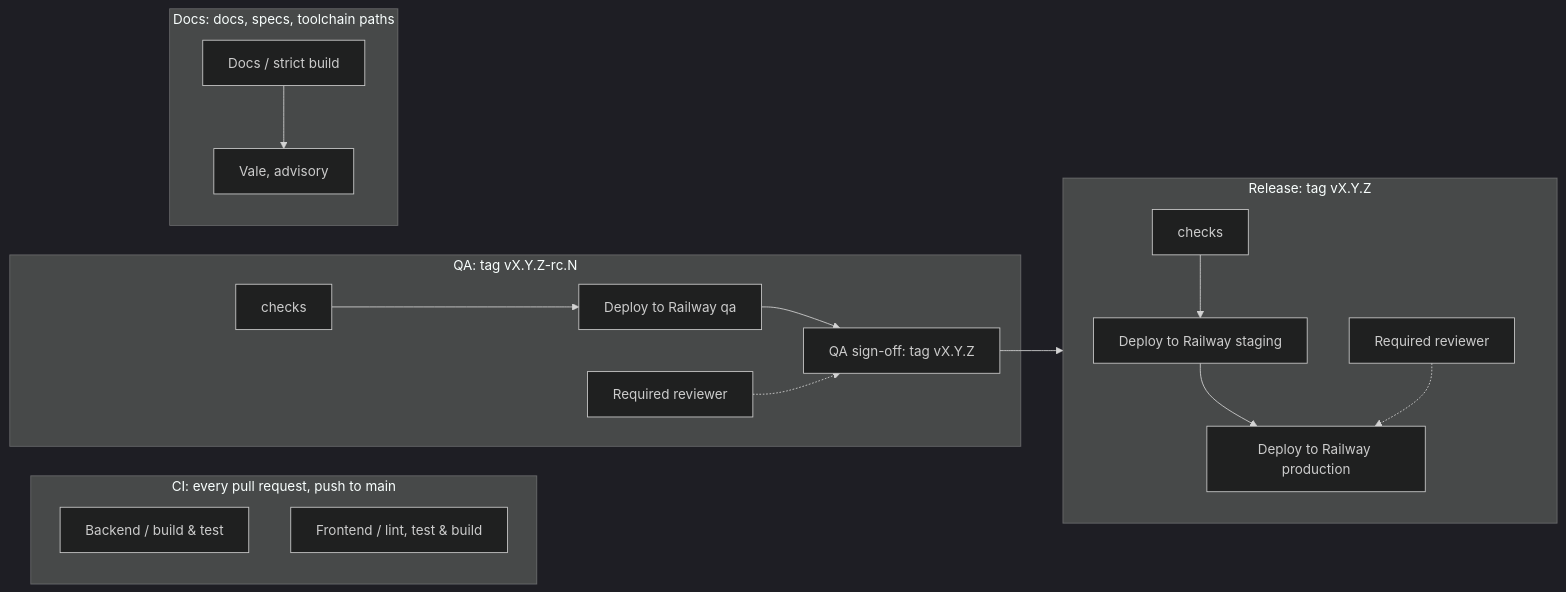
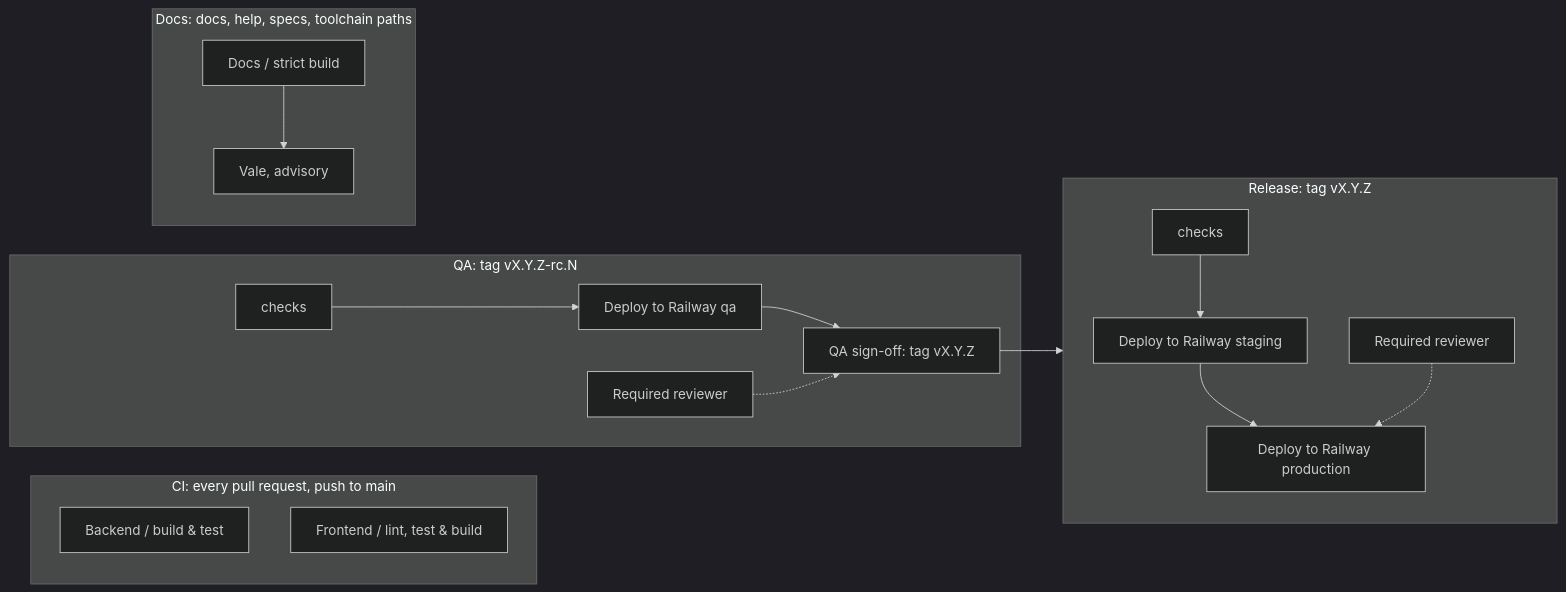
Before and after one commit to miketak/carbonos: the diagram in docs/reference/ci.md, drawn with Mermaid (dark theme). The commit also changed other lines of this file and 21 other files, not shown here.

````diff
--- a/docs/reference/ci.md
+++ b/docs/reference/ci.md
@@ -13,21 +13,21 @@
 ```mermaid
 flowchart LR
     accTitle: The CI workflows and their jobs
     accDescr: CI runs backend and frontend checks on every pull request and on pushes to main. QA runs the same checks on a release candidate tag, deploys qa, then waits for the QA sign-off, which tags the version and starts Release. Release runs the checks on the version tag, deploys staging, then waits for an approval before deploying production. Docs builds the site strictly on docs changes.
     subgraph ci["CI: every pull request, push to main"]
         cb[Backend / build & test]
         cf[Frontend / lint, test & build]
     end
     subgraph qa["QA: tag vX.Y.Z-rc.N"]
         qb[checks] --> qd[Deploy to Railway qa] --> qs[QA sign-off: tag vX.Y.Z]
         signoff[Required reviewer] -.-> qs
     end
     subgraph release["Release: tag vX.Y.Z"]
         rb[checks] --> rs[Deploy to Railway staging] --> rp[Deploy to Railway production]
         approve[Required reviewer] -.-> rp
     end
     qs --> release
-    subgraph docs["Docs: docs, specs, toolchain paths"]
+    subgraph docs["Docs: docs, help, specs, toolchain paths"]
         db[Docs / strict build] --> dv[Vale, advisory]
     end
 ```
````
